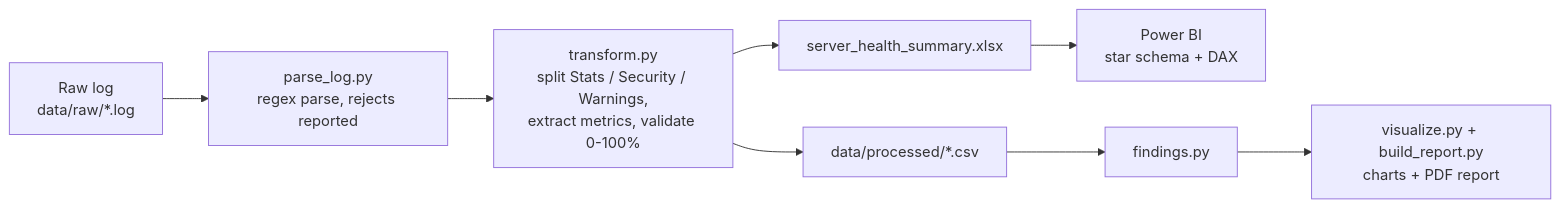
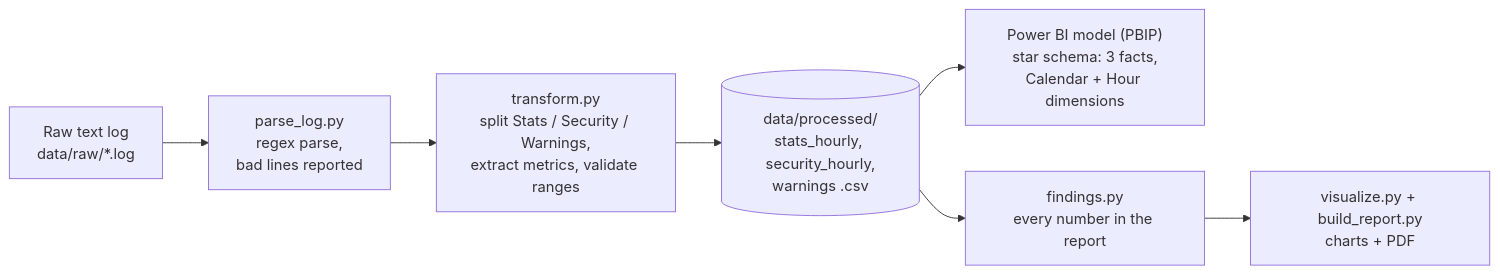
One commit to rhassan9/server-health-analytics changed the diagram in README.md. Above: the diagram before and after it, drawn with Mermaid. The commit also changed other lines of this file and 87 other files, not shown here.

````diff
--- a/README.md
+++ b/README.md
@@ -9,9 +11,9 @@
 ```mermaid
 flowchart LR
-    A["Raw log<br/>data/raw/*.log"] --> B["parse_log.py<br/>regex parse, rejects reported"]
-    B --> C["transform.py<br/>split Stats / Security / Warnings,<br/>extract metrics, validate 0-100%"]
-    C --> D["data/processed/*.csv"]
-    C --> E["server_health_summary.xlsx"]
-    E --> F["Power BI<br/>star schema + DAX"]
-    D --> G["findings.py"] --> H["visualize.py + build_report.py<br/>charts + PDF report"]
+    A["Raw text log<br/>data/raw/*.log"] --> B["parse_log.py<br/>regex parse,<br/>bad lines reported"]
+    B --> C["transform.py<br/>split Stats / Security / Warnings,<br/>extract metrics, validate ranges"]
+    C --> D[("data/processed/<br/>stats_hourly, security_hourly,<br/>warnings .csv")]
+    D --> E["Power BI model (PBIP)<br/>star schema: 3 facts,<br/>Calendar + Hour dimensions"]
+    D --> F["findings.py<br/>every number in the report"]
+    F --> G["visualize.py + build_report.py<br/>charts + PDF"]
 ```
````
